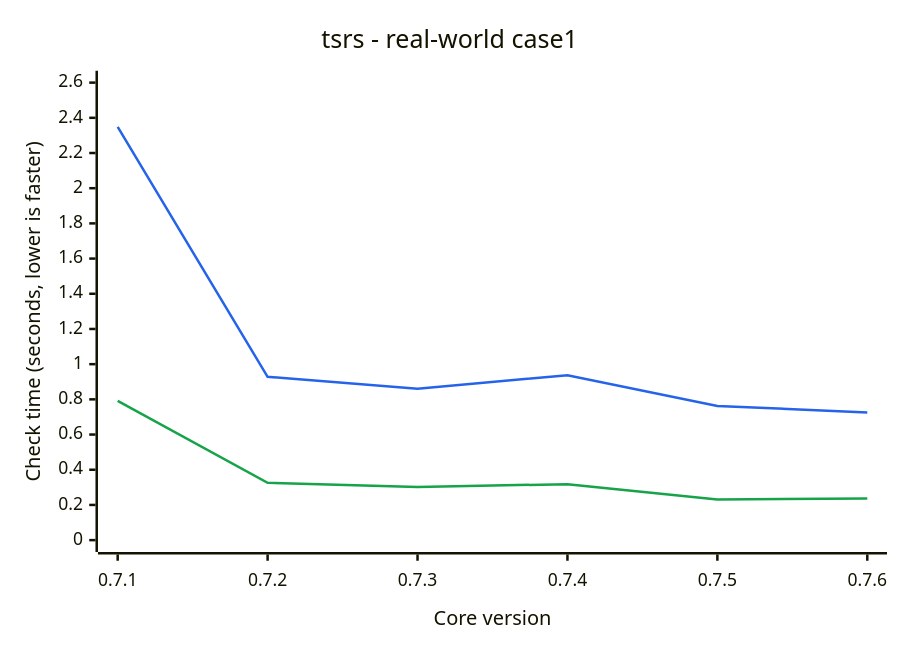
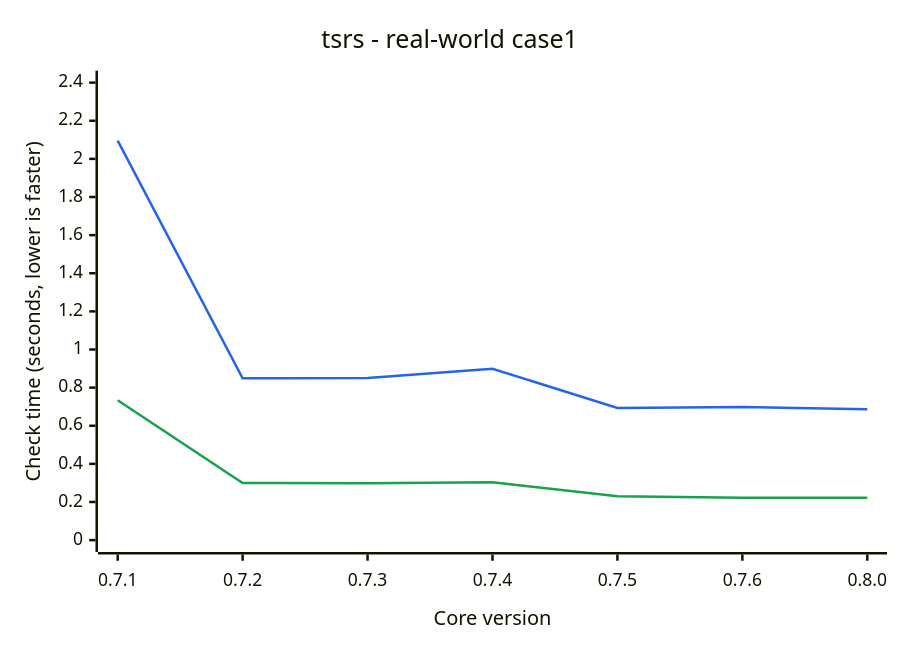
One commit to ismailkarsli/TypeSQL changed the diagram in README.md. Above: the diagram before and after it, drawn with Mermaid. The commit also changed other lines of this file and 31 other files, not shown here.

````diff
--- a/README.md
+++ b/README.md
@@ -149,14 +149,14 @@
 ```mermaid
 ---
 config:
   themeVariables:
     xyChart:
       plotColorPalette: "#2563eb,#16a34a"
 ---
 xychart-beta
     title "tsrs - real-world case1"
-    x-axis "Core version" ["0.7.1", "0.7.2", "0.7.3", "0.7.4", "0.7.5", "0.7.6"]
-    y-axis "Check time (seconds, lower is faster)" 0 --> 2.6
-    line [2.348, 0.928, 0.861, 0.937, 0.762, 0.726]
-    line [0.791, 0.326, 0.302, 0.318, 0.231, 0.237]
+    x-axis "Core version" ["0.7.1", "0.7.2", "0.7.3", "0.7.4", "0.7.5", "0.7.6", "0.8.0"]
+    y-axis "Check time (seconds, lower is faster)" 0 --> 2.4
+    line [2.096, 0.849, 0.851, 0.899, 0.693, 0.698, 0.687]
+    line [0.734, 0.3, 0.299, 0.303, 0.23, 0.222, 0.222]
 ```
````
